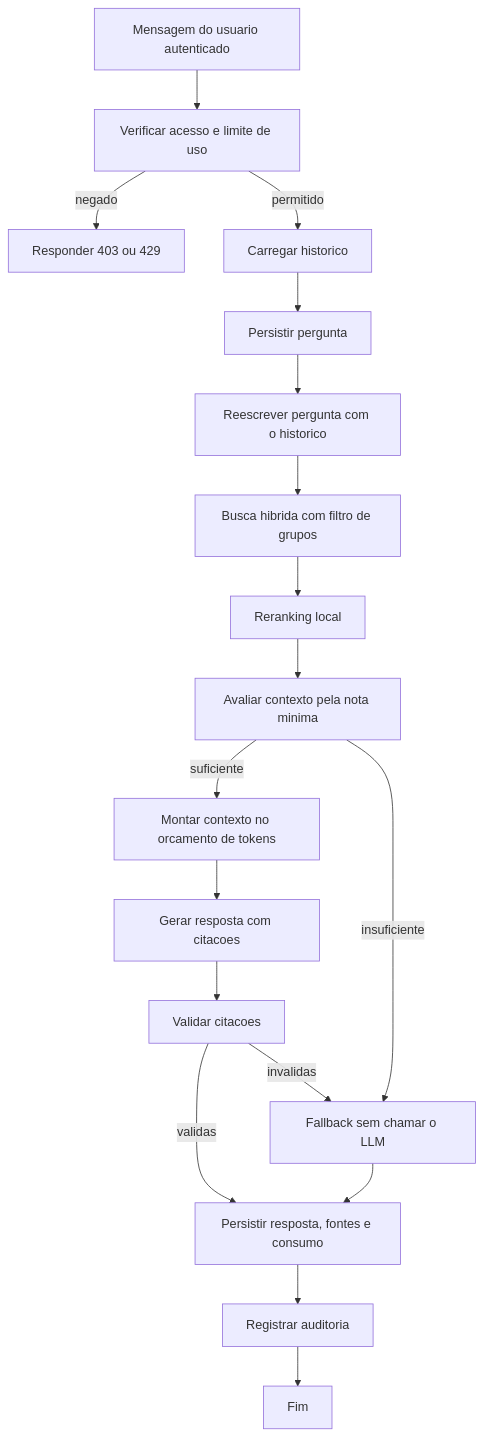
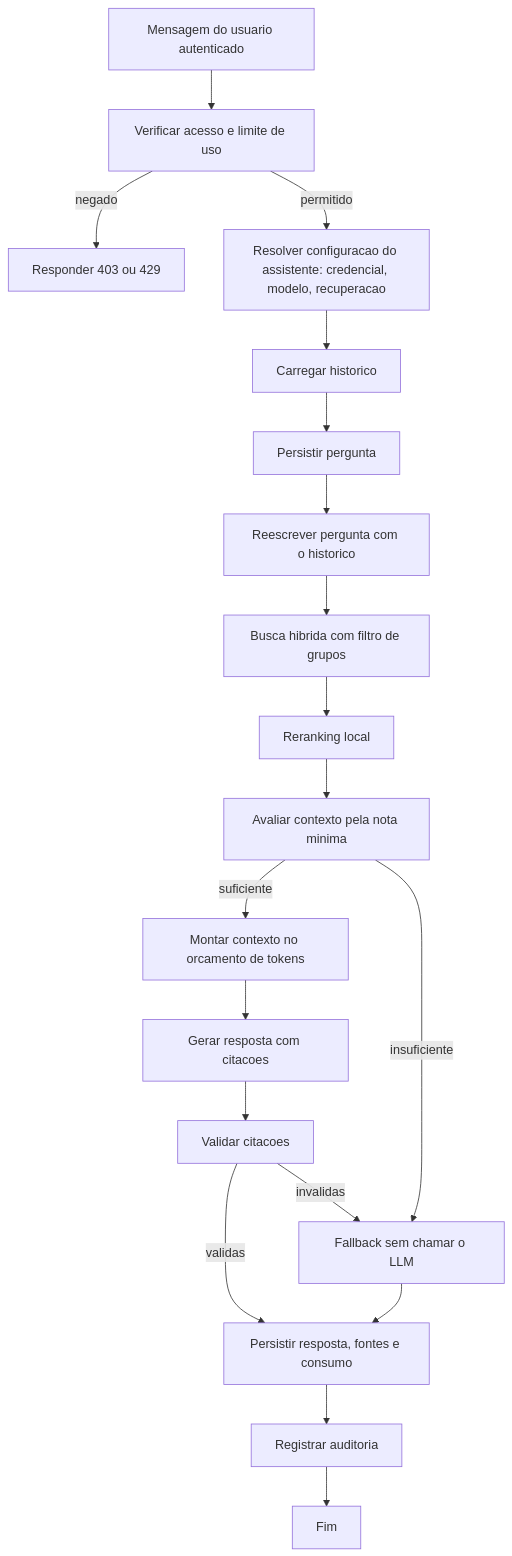
Before and after one commit to cleitonsm/nexus: the second of 2 diagrams in docs/arquitetura/langgraph-fluxo-conversacional.md, drawn with Mermaid. The commit also changed other lines of this file and 11 other files, not shown here.

````diff
--- a/docs/arquitetura/langgraph-fluxo-conversacional.md
+++ b/docs/arquitetura/langgraph-fluxo-conversacional.md
@@ -50,20 +50,21 @@
 ```mermaid
 flowchart TD
     Start[Mensagem do usuario autenticado] --> Access[Verificar acesso e limite de uso]
     Access -->|negado| Deny[Responder 403 ou 429]
-    Access -->|permitido| LoadHistory[Carregar historico]
+    Access -->|permitido| Runtime[Resolver configuracao do assistente: credencial, modelo, recuperacao]
+    Runtime --> LoadHistory[Carregar historico]
     LoadHistory --> PersistUser[Persistir pergunta]
     PersistUser --> Rewrite[Reescrever pergunta com o historico]
     Rewrite --> Retrieve[Busca hibrida com filtro de grupos]
     Retrieve --> Rerank[Reranking local]
     Rerank --> Evaluate[Avaliar contexto pela nota minima]
     Evaluate -->|suficiente| Budget[Montar contexto no orcamento de tokens]
     Evaluate -->|insuficiente| Fallback[Fallback sem chamar o LLM]
     Budget --> Generate[Gerar resposta com citacoes]
     Generate --> Validate[Validar citacoes]
     Validate -->|validas| Persist[Persistir resposta, fontes e consumo]
     Validate -->|invalidas| Fallback
     Fallback --> Persist
     Persist --> Audit[Registrar auditoria]
     Audit --> End[Fim]
 ```
````
